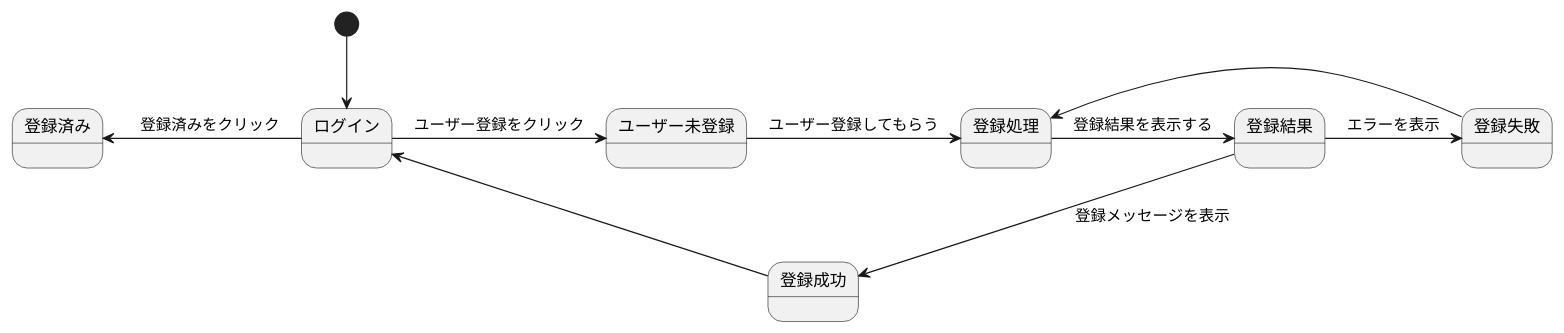
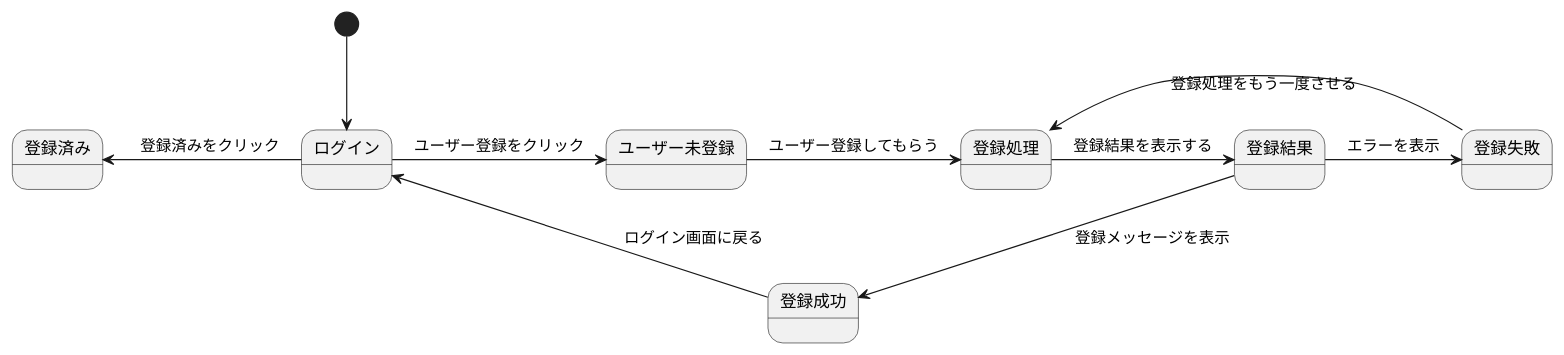
One commit to Aso2001196/2021sys-design changed the diagram in b.md. Above: the diagram before and after it, drawn with PlantUML.

````diff
--- a/b.md
+++ b/b.md
@@ -1,13 +1,13 @@
 ```uml
 @startuml
 [*]-->ログイン
 ログイン-> ユーザー未登録 : ユーザー登録をクリック
 ログイン-left-> 登録済み :　登録済みをクリック
 ユーザー未登録-> 登録処理 : ユーザー登録してもらう
 登録処理-> 登録結果 : 登録結果を表示する
 登録結果-down-> 登録成功 : 登録メッセージを表示 
 登録結果-> 登録失敗 : エラーを表示
-登録成功-> ログイン
-登録失敗-> 登録処理
+登録成功-> ログイン :　ログイン画面に戻る
+登録失敗-> 登録処理 :　登録処理をもう一度させる
 @enduml
 ```
````
